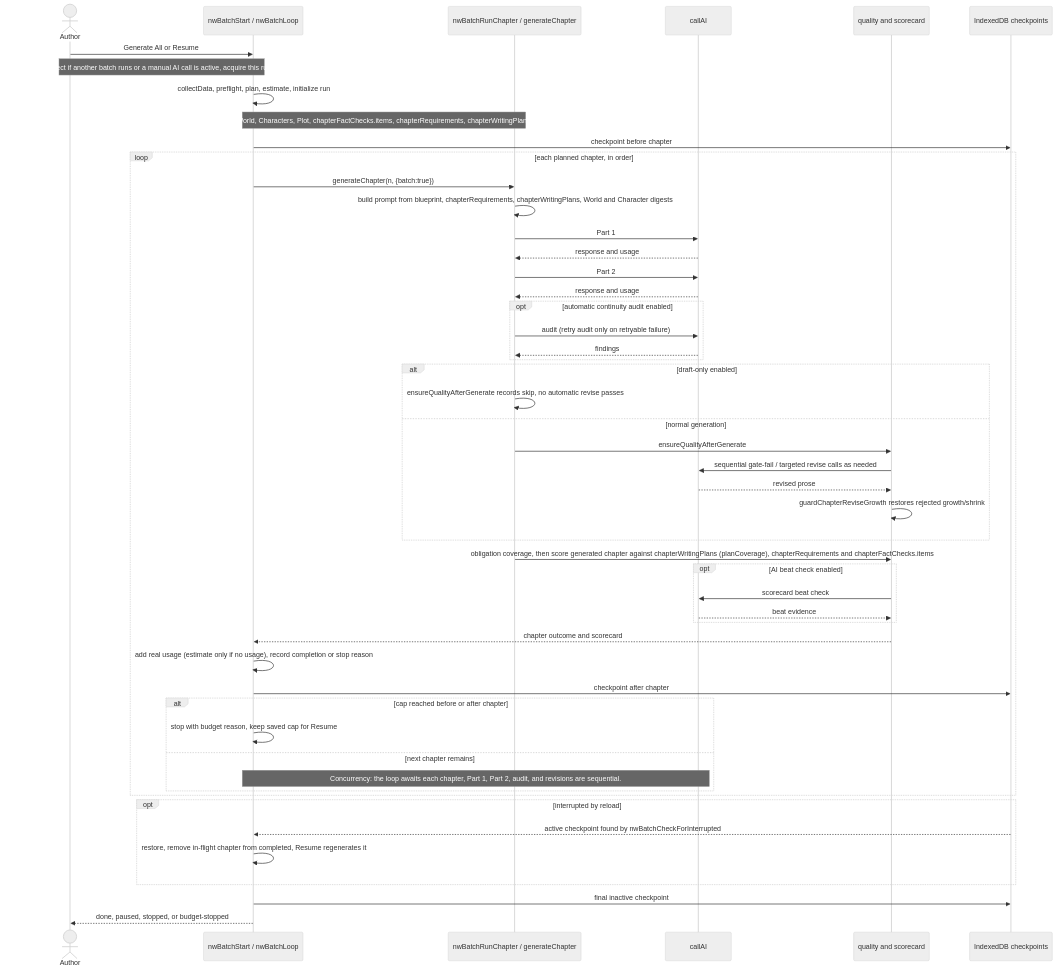
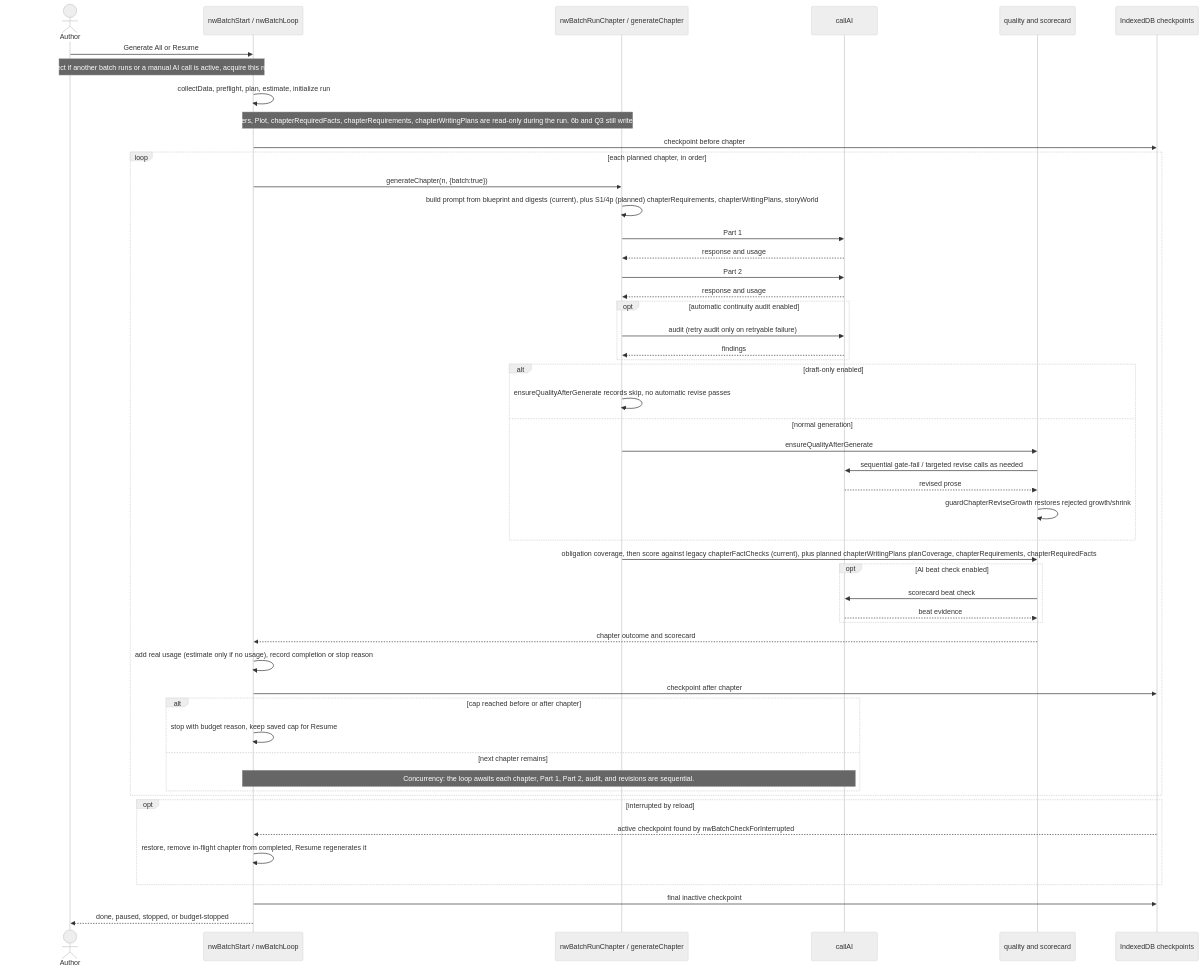
One commit to bnorth12/AI-Book-Tools changed the second of 8 diagrams in NovelWriter/docs/ARCHITECTURE.md. Above: the diagram before and after it, drawn with Mermaid (neutral theme). The commit also changed other lines of this file, not shown here.

Commit message:
A1 docs: ARCHITECTURE.md v4 (Reviewer must-fixes: chapterRequiredFacts, storyWorld, migrate on checkpoint restore, per-field owners)

````diff
--- a/NovelWriter/docs/ARCHITECTURE.md
+++ b/NovelWriter/docs/ARCHITECTURE.md
@@ -112,54 +118,54 @@
 ```mermaid
 sequenceDiagram
     actor Author
     participant Batch as nwBatchStart / nwBatchLoop
     participant Chapter as nwBatchRunChapter / generateChapter
     participant AI as callAI
     participant Quality as quality and scorecard
     participant IDB as IndexedDB checkpoints
 
     Author->>Batch: Generate All or Resume
     Note over Author,Batch: Concurrency: reject if another batch runs or a manual AI call is active, acquire this run's owner token.
     Batch->>Batch: collectData, preflight, plan, estimate, initialize run
-    Note over Batch,Chapter: Schema inputs (A1 §2, §7): World, Characters, Plot, chapterFactChecks.items, chapterRequirements, chapterWritingPlans are read-only during the run
+    Note over Batch,Chapter: S1 (planned) story entities storyWorld, Characters, Plot, chapterRequiredFacts, chapterRequirements, chapterWritingPlans are read-only during the run. 6b and Q3 still write chapterFlags and chapterFingerprints mid-run.
     Batch->>IDB: checkpoint before chapter
     loop each planned chapter, in order
         Batch->>Chapter: generateChapter(n, {batch:true})
-        Chapter->>Chapter: build prompt from blueprint, chapterRequirements, chapterWritingPlans, World and Character digests
+        Chapter->>Chapter: build prompt from blueprint and digests (current), plus S1/4p (planned) chapterRequirements, chapterWritingPlans, storyWorld
         Chapter->>AI: Part 1
         AI-->>Chapter: response and usage
         Chapter->>AI: Part 2
         AI-->>Chapter: response and usage
         opt automatic continuity audit enabled
             Chapter->>AI: audit (retry audit only on retryable failure)
             AI-->>Chapter: findings
         end
         alt draft-only enabled
             Chapter->>Chapter: ensureQualityAfterGenerate records skip, no automatic revise passes
         else normal generation
             Chapter->>Quality: ensureQualityAfterGenerate
             Quality->>AI: sequential gate-fail / targeted revise calls as needed
             AI-->>Quality: revised prose
             Quality->>Quality: guardChapterReviseGrowth restores rejected growth/shrink
         end
-        Chapter->>Quality: obligation coverage, then score generated chapter against chapterWritingPlans (planCoverage), chapterRequirements and chapterFactChecks.items
+        Chapter->>Quality: obligation coverage, then score against legacy chapterFactChecks (current), plus planned chapterWritingPlans planCoverage, chapterRequirements, chapterRequiredFacts
         opt AI beat check enabled
             Quality->>AI: scorecard beat check
             AI-->>Quality: beat evidence
         end
         Quality-->>Batch: chapter outcome and scorecard
         Batch->>Batch: add real usage (estimate only if no usage), record completion or stop reason
         Batch->>IDB: checkpoint after chapter
         alt cap reached before or after chapter
             Batch->>Batch: stop with budget reason, keep saved cap for Resume
         else next chapter remains
             Note over Batch,AI: Concurrency: the loop awaits each chapter, Part 1, Part 2, audit, and revisions are sequential.
         end
     end
     opt interrupted by reload
         IDB-->>Batch: active checkpoint found by nwBatchCheckForInterrupted
         Batch->>Batch: restore, remove in-flight chapter from completed, Resume regenerates it
     end
     Batch->>IDB: final inactive checkpoint
     Batch-->>Author: done, paused, stopped, or budget-stopped
 ```
````
